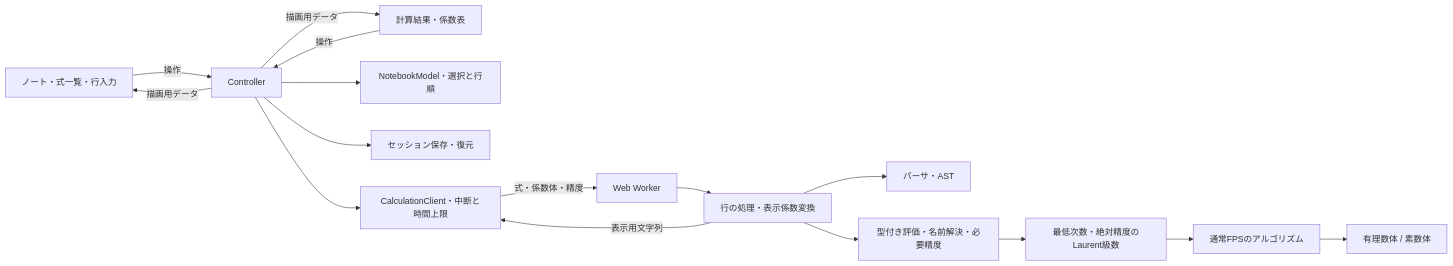
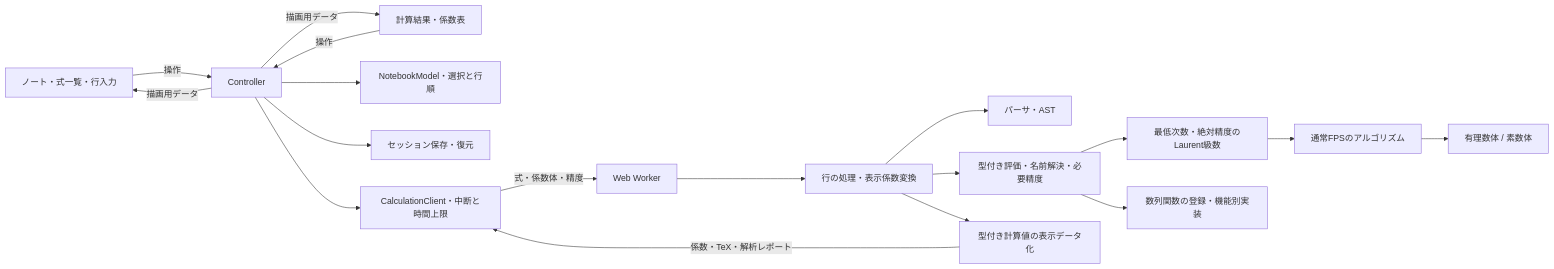
The diagram in docs/architecture.md (soryuusi0219/FPS-calculator), drawn with Mermaid before and after one commit. The commit also changed other lines of this file and 70 other files, not shown here.

Commit message:
feat: expand FPS solvers, sequence analysis and notebook editing

````diff
--- a/docs/architecture.md
+++ b/docs/architecture.md
@@ -15,18 +21,20 @@
 ```mermaid
 flowchart LR
   Notebook[ノート・式一覧・行入力] -->|操作| App[Controller]
   Inspector[計算結果・係数表] -->|操作| App
   App -->|描画用データ| Notebook
   App -->|描画用データ| Inspector
   App --> Model[NotebookModel・選択と行順]
   App --> Session[セッション保存・復元]
   App --> Client[CalculationClient・中断と時間上限]
   Client -->|式・係数体・精度| Worker[Web Worker]
   Worker --> Workbook[行の処理・表示係数変換]
   Workbook --> Parser[パーサ・AST]
   Workbook --> Evaluator[型付き評価・名前解決・必要精度]
   Evaluator --> Laurent[最低次数・絶対精度のLaurent級数]
   Laurent --> Series[通常FPSのアルゴリズム]
   Series --> Field[有理数体 / 素数体]
-  Workbook -->|表示用文字列| Client
+  Evaluator --> Sequence[数列関数の登録・機能別実装]
+  Workbook --> Formatter[型付き計算値の表示データ化]
+  Formatter -->|係数・TeX・解析レポート| Client
 ```
````
